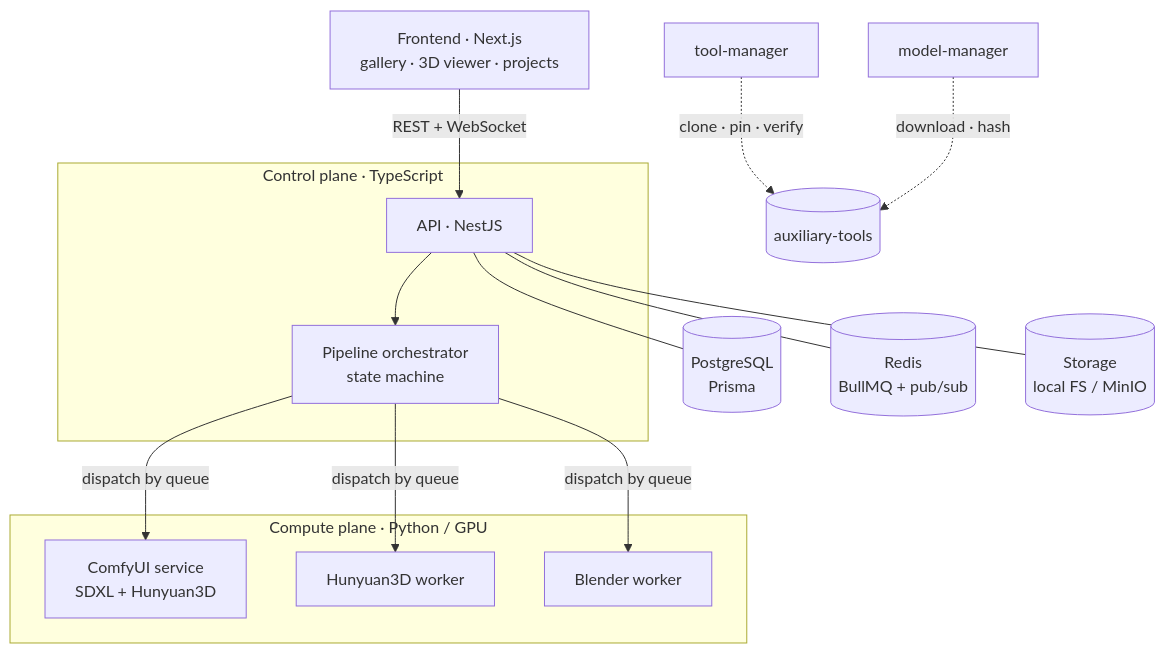
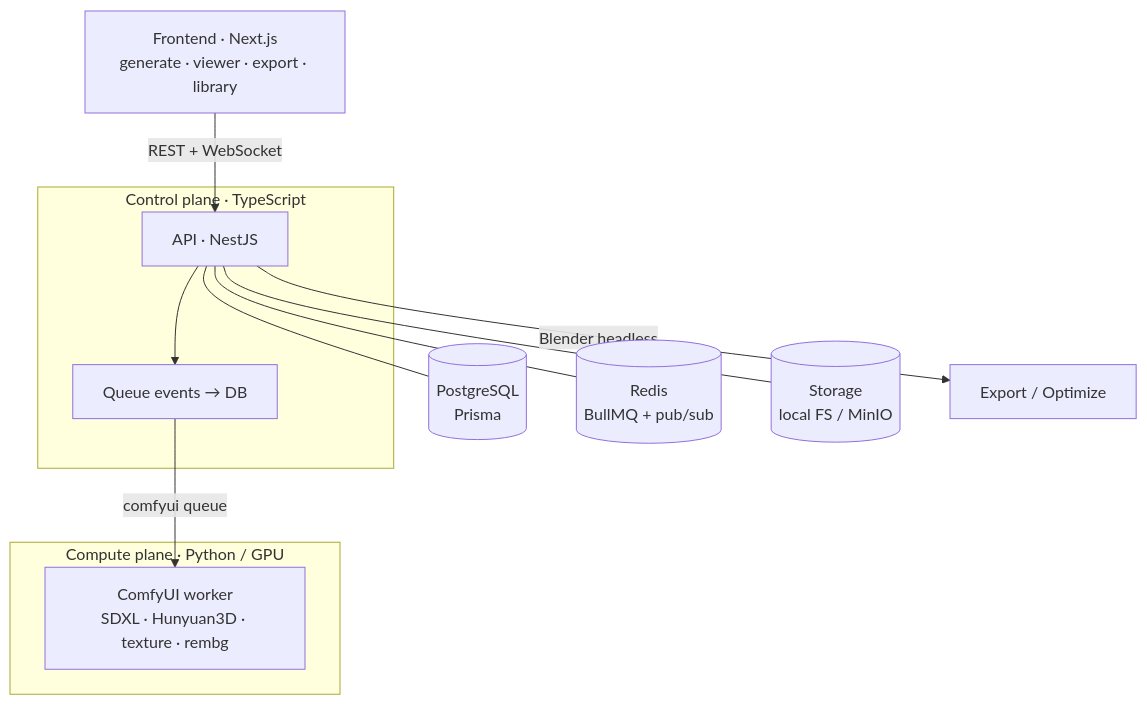
Before and after one commit to SnoWz96x/meshforge: the second of 2 diagrams in README.md, drawn with Mermaid. The commit also changed other lines of this file and 2 other files, not shown here.

First line of the commit message:
docs: refresh README + ROADMAP + tracking to current state

````diff
--- a/README.md
+++ b/README.md
@@ -78,23 +91,19 @@
 ```mermaid
 flowchart TB
-    WEB[Frontend · Next.js<br/>gallery · 3D viewer · projects] -->|REST + WebSocket| API
+    WEB[Frontend · Next.js<br/>generate · viewer · export · library] -->|REST + WebSocket| API
 
     subgraph CP [Control plane · TypeScript]
-      API[API · NestJS] --> ORCH[Pipeline orchestrator<br/>state machine]
+      API[API · NestJS] --> EV[Queue events → DB]
     end
 
     API --- PG[(PostgreSQL<br/>Prisma)]
     API --- RD[(Redis<br/>BullMQ + pub/sub)]
     API --- ST[(Storage<br/>local FS / MinIO)]
+    API -->|Blender headless| BLEXP[Export / Optimize]
 
-    ORCH -->|dispatch by queue| CMP & H3W & BLW
+    EV -->|comfyui queue| CMP
 
     subgraph DP [Compute plane · Python / GPU]
-      CMP[ComfyUI service<br/>SDXL + Hunyuan3D] 
-      H3W[Hunyuan3D worker]
-      BLW[Blender worker]
+      CMP[ComfyUI worker<br/>SDXL · Hunyuan3D · texture · rembg]
     end
-
-    TM[tool-manager] -.clone · pin · verify.-> AUX[(auxiliary-tools)]
-    MM[model-manager] -.download · hash.-> AUX
 ```
````
